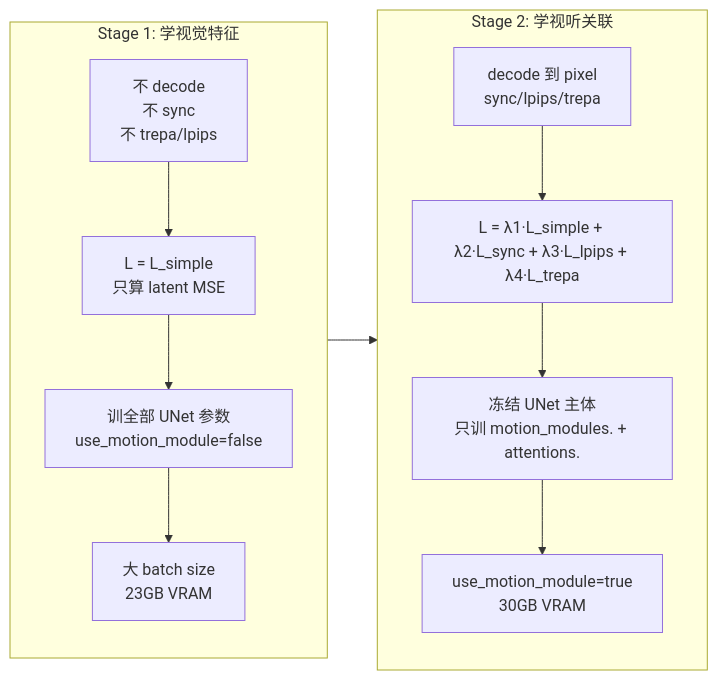
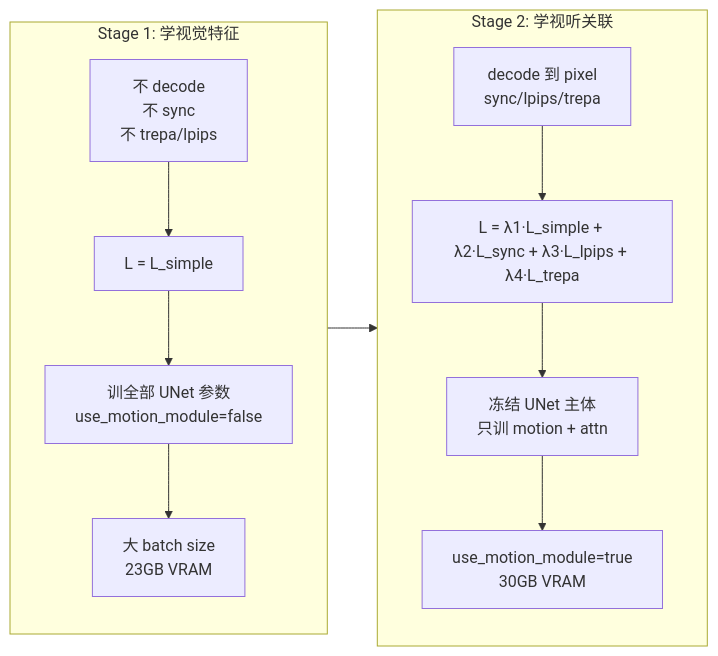
One commit to liudunxu/LatentSync changed the seventh of 11 diagrams in docs/training_pipeline.md. Above: the diagram before and after it, drawn with Mermaid. The commit also changed other lines of this file, not shown here.

````diff
--- a/docs/training_pipeline.md
+++ b/docs/training_pipeline.md
@@ -234,16 +368,16 @@
 ```mermaid
 flowchart LR
     subgraph S1[Stage 1: 学视觉特征]
-        S1A[不 decode<br/>不 sync<br/>不 trepa/lpips] --> S1B[L = L_simple<br/>只算 latent MSE]
+        S1A[不 decode<br/>不 sync<br/>不 trepa/lpips] --> S1B[L = L_simple]
         S1B --> S1C[训全部 UNet 参数<br/>use_motion_module=false]
         S1C --> S1D[大 batch size<br/>23GB VRAM]
     end
 
     subgraph S2[Stage 2: 学视听关联]
         S2A[decode 到 pixel<br/>sync/lpips/trepa] --> S2B[L = λ1·L_simple + λ2·L_sync + λ3·L_lpips + λ4·L_trepa]
-        S2B --> S2C[冻结 UNet 主体<br/>只训 motion_modules. + attentions.]
+        S2B --> S2C[冻结 UNet 主体<br/>只训 motion + attn]
         S2C --> S2D[use_motion_module=true<br/>30GB VRAM]
     end
 
     S1 --> S2
 ```
````
